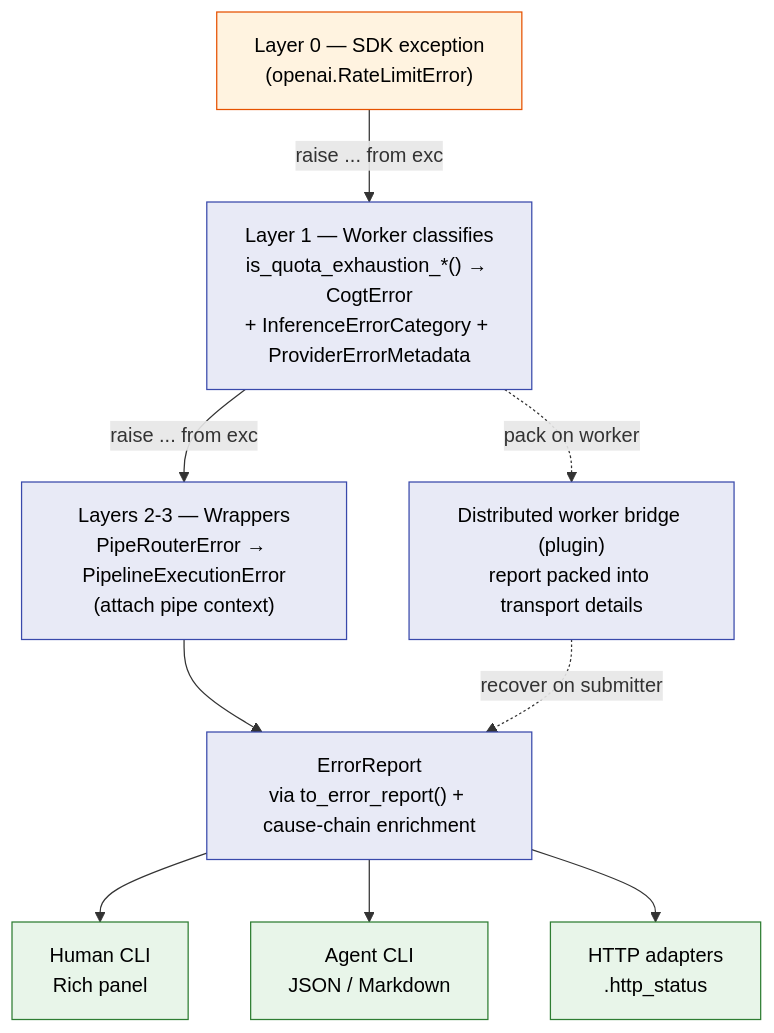
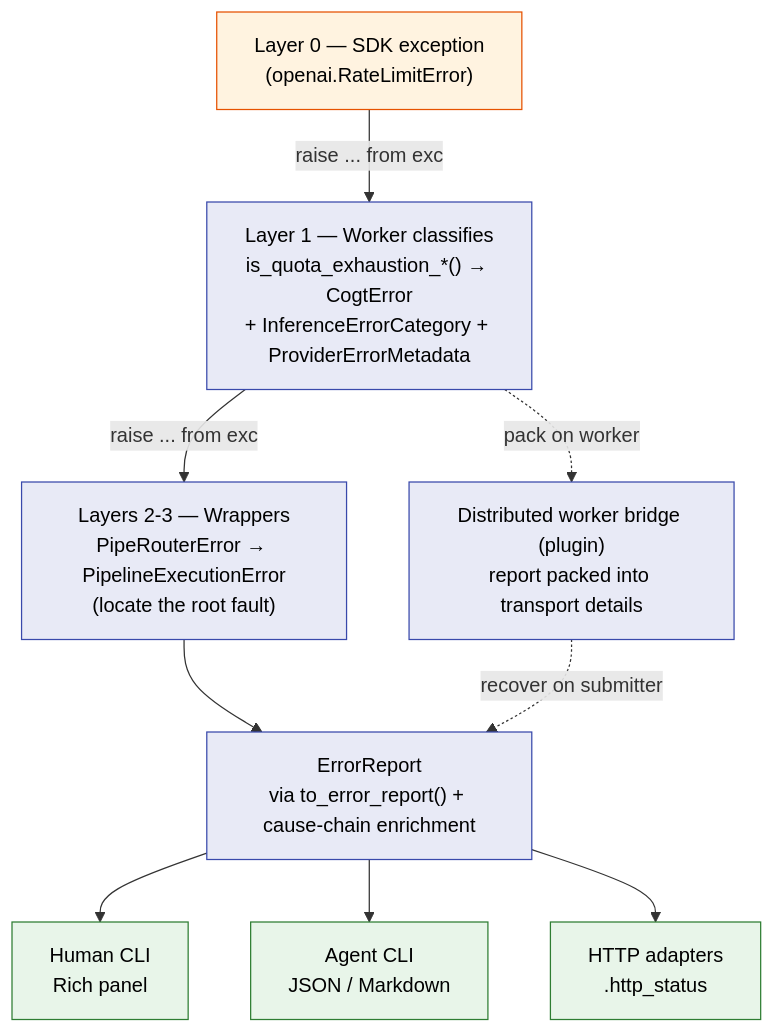
One commit to Pipelex/pipelex changed the diagram in docs/under-the-hood/error-model.md. Above: the diagram before and after it, drawn with Mermaid. The commit also changed other lines of this file and 167 other files, not shown here.

````diff
--- a/docs/under-the-hood/error-model.md
+++ b/docs/under-the-hood/error-model.md
@@ -461,25 +519,25 @@
 ```mermaid
 flowchart TB
     SDK["Layer 0 — SDK exception<br/>(openai.RateLimitError)"]
     W["Layer 1 — Worker classifies<br/>is_quota_exhaustion_*() → CogtError<br/>+ InferenceErrorCategory + ProviderErrorMetadata"]
-    WRAP["Layers 2-3 — Wrappers<br/>PipeRouterError → PipelineExecutionError<br/>(attach pipe context)"]
+    WRAP["Layers 2-3 — Wrappers<br/>PipeRouterError → PipelineExecutionError<br/>(locate the root fault)"]
     REPORT["ErrorReport<br/>via to_error_report() + cause-chain enrichment"]
 
     SDK -->|"raise ... from exc"| W
     W -->|"raise ... from exc"| WRAP
     WRAP --> REPORT
 
     REPORT --> RICH["Human CLI<br/>Rich panel"]
     REPORT --> AGENT["Agent CLI<br/>JSON / Markdown"]
     REPORT --> HTTP["HTTP adapters<br/>.http_status"]
 
     W -.->|"pack on worker"| TEMP["Distributed worker bridge (plugin)<br/>report packed into transport details"]
     TEMP -.->|"recover on submitter"| REPORT
 
     classDef src fill:#fff3e0,stroke:#e65100,color:#000
     classDef cls fill:#e8eaf6,stroke:#3949ab,color:#000
     classDef out fill:#e8f5e9,stroke:#2e7d32,color:#000
     class SDK src
     class W,WRAP,REPORT,TEMP cls
     class RICH,AGENT,HTTP out
 ```
````
